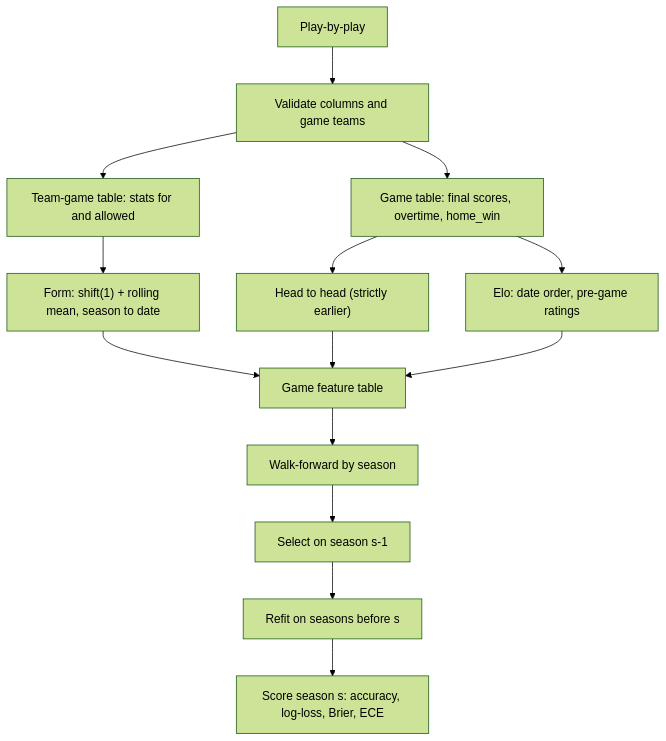
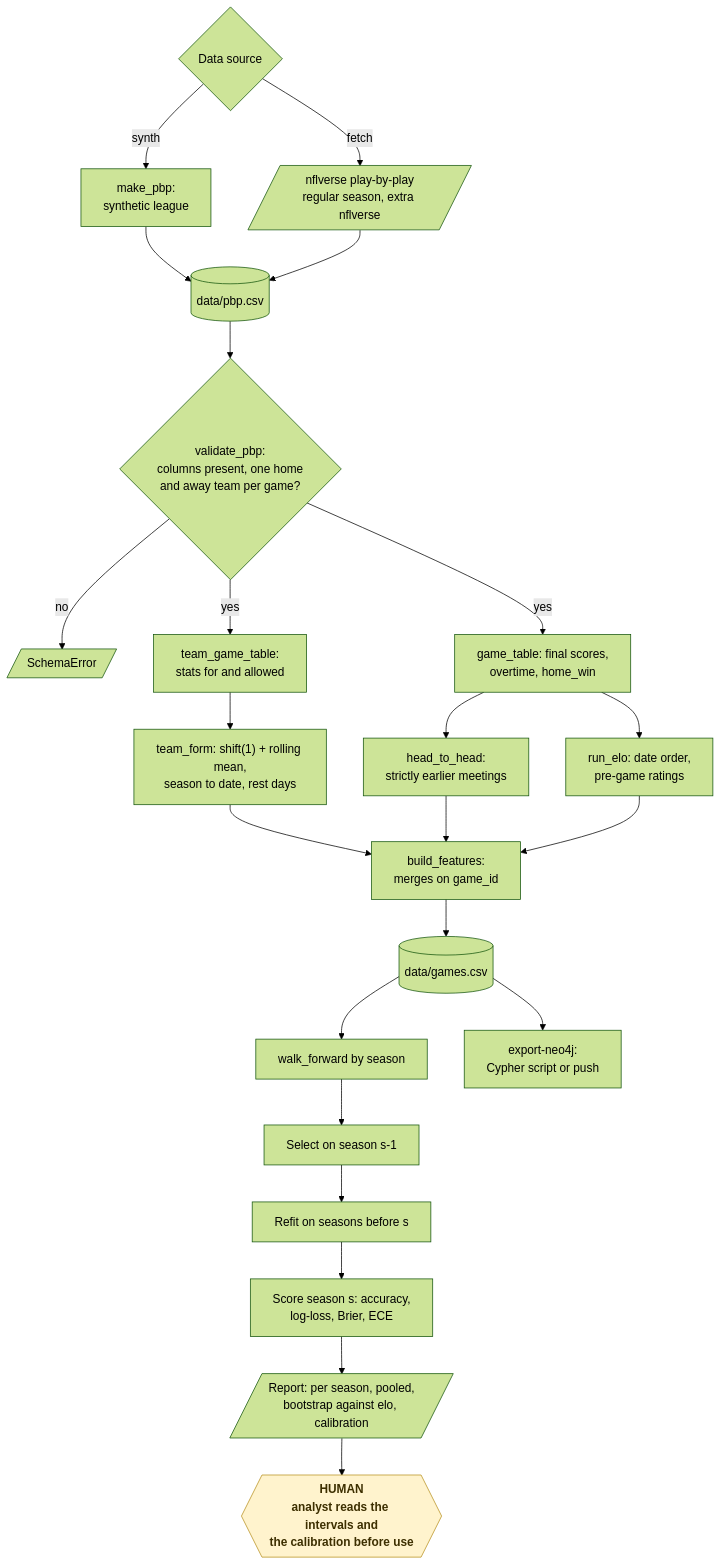
Before and after one commit to KrishnaAnnavaram/gridiron-oracle: the fifth of 19 diagrams in README.md, drawn with Mermaid (forest theme). The commit also changed other lines of this file, not shown here.

Commit message:
Add the workflow diagrams to the README

````diff
--- a/README.md
+++ b/README.md
@@ -189,16 +237,28 @@
 ```mermaid
-flowchart TB
-    P["Play-by-play"] --> V["Validate columns and game teams"]
-    V --> G["Game table: final scores, overtime, home_win"]
-    V --> L["Team-game table: stats for and allowed"]
-    L --> F["Form: shift(1) + rolling mean, season to date"]
-    G --> H["Head to head (strictly earlier)"]
-    G --> E["Elo: date order, pre-game ratings"]
-    F --> T["Game feature table"]
+flowchart TD
+    SRC{"Data source"} -- "synth" --> SYN["make_pbp:<br/>synthetic league"]
+    SRC -- "fetch" --> NV[/"nflverse play-by-play<br/>regular season, extra nflverse"/]
+    SYN --> PBP[("data/pbp.csv")]
+    NV --> PBP
+    PBP --> V{"validate_pbp:<br/>columns present, one home<br/>and away team per game?"}
+    V -- "no" --> ERR[/"SchemaError"/]
+    V -- "yes" --> G["game_table: final scores,<br/>overtime, home_win"]
+    V -- "yes" --> L["team_game_table:<br/>stats for and allowed"]
+    L --> F["team_form: shift(1) + rolling mean,<br/>season to date, rest days"]
+    G --> H["head_to_head:<br/>strictly earlier meetings"]
+    G --> E["run_elo: date order,<br/>pre-game ratings"]
+    F --> T["build_features:<br/>merges on game_id"]
     H --> T
     E --> T
-    T --> W["Walk-forward by season"]
+    T --> GS[("data/games.csv")]
+    GS --> W["walk_forward by season"]
     W --> S["Select on season s-1"]
     S --> R["Refit on seasons before s"]
-    R --> M["Score season s: accuracy, log-loss, Brier, ECE"]
+    R --> M["Score season s: accuracy,<br/>log-loss, Brier, ECE"]
+    M --> REP[/"Report: per season, pooled,<br/>bootstrap against elo, calibration"/]
+    REP --> HUMAN{{"HUMAN<br/>analyst reads the intervals and<br/>the calibration before use"}}
+    GS --> NEO["export-neo4j:<br/>Cypher script or push"]
+
+    classDef human fill:#fff3cd,stroke:#b8901f,color:#3d2f00,font-weight:bold
+    class HUMAN human
 ```
````
